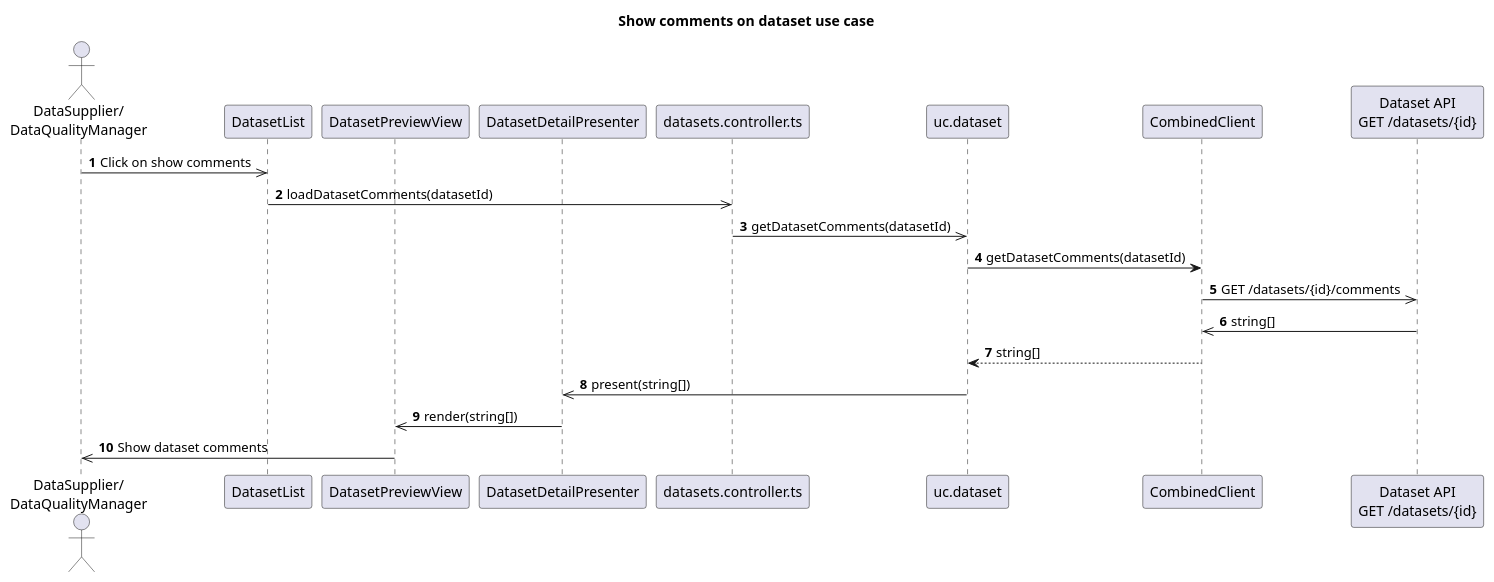
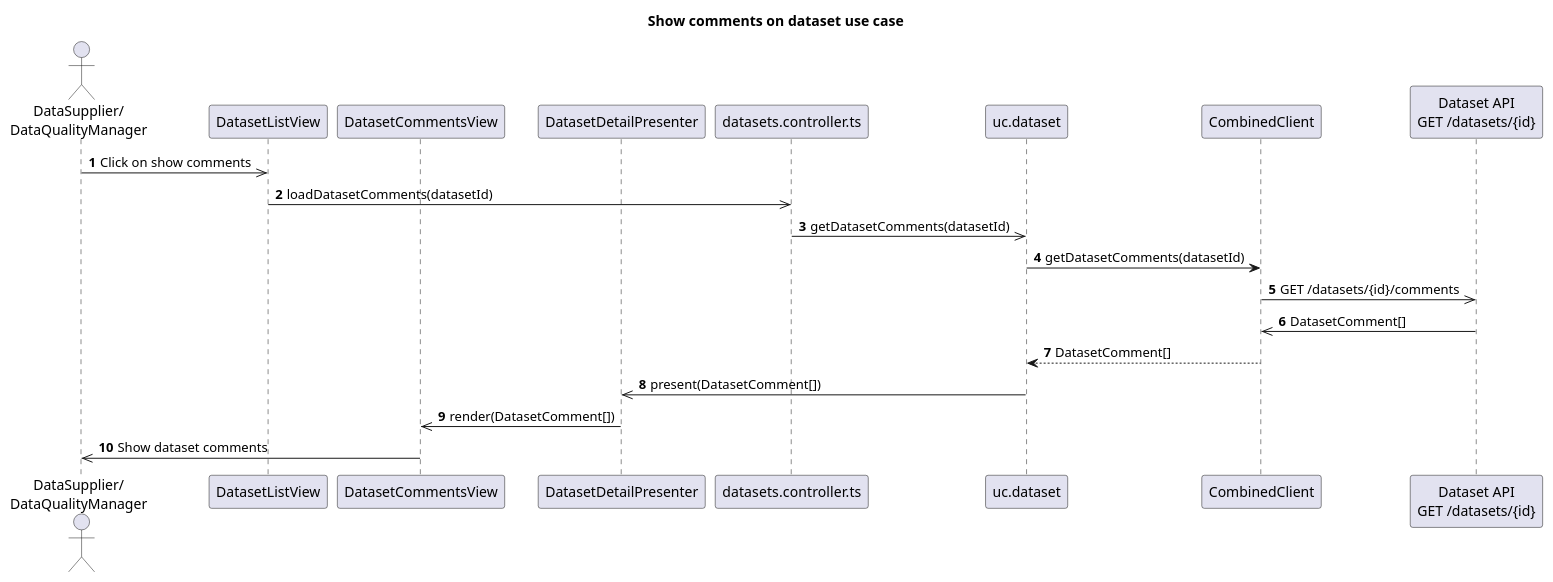
Before and after one commit to POP2025-EEPW/doorce-frontend: the diagram in diagrams/sequence/listDatasetComments.puml, drawn with PlantUML. The commit also changed 12 other files, not shown here.

Commit message:
feat: implement functions: preview and comments

```diff
--- a/diagrams/sequence/listDatasetComments.puml
+++ b/diagrams/sequence/listDatasetComments.puml
@@ -1,26 +1,26 @@
 @startuml
 title Show comments on dataset use case
 autonumber
 
 actor "DataSupplier/\nDataQualityManager" as User
 
-participant "DatasetList" as DatasetList
-participant "DatasetPreviewView" as View
+participant "DatasetListView" as DatasetList
+participant "DatasetCommentsView" as View
 participant "DatasetDetailPresenter" as Presenter
 participant "datasets.controller.ts" as Controller
 participant "uc.dataset" as UseCase
 participant "CombinedClient" as Client
 participant "Dataset API\nGET /datasets/{id}" as Http
 
 User ->> DatasetList : Click on show comments
 DatasetList ->> Controller : loadDatasetComments(datasetId)
 Controller ->> UseCase : getDatasetComments(datasetId)
 UseCase -> Client : getDatasetComments(datasetId)
 Client ->> Http : GET /datasets/{id}/comments
-Http ->> Client : string[]
-Client --> UseCase : string[]
-UseCase ->> Presenter : present(string[])
-Presenter ->> View : render(string[])
+Http ->> Client : DatasetComment[]
+Client --> UseCase : DatasetComment[]
+UseCase ->> Presenter : present(DatasetComment[])
+Presenter ->> View : render(DatasetComment[])
 View ->> User : Show dataset comments
 
 @enduml
```
